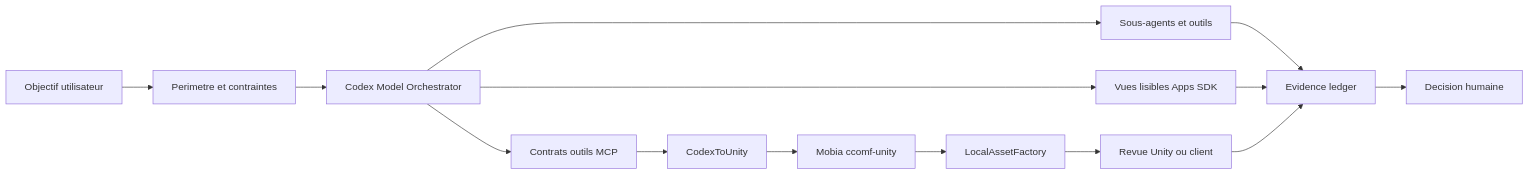
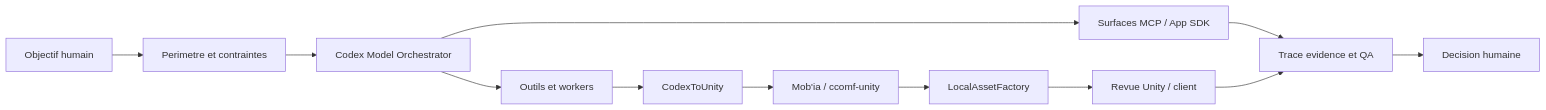
Before and after one commit to charli-dev420/presentation-projet-agentic: the second of 2 diagrams in docs/ecosystem-map.md, drawn with Mermaid. The commit also changed other lines of this file and 42 other files, not shown here.

````diff
--- a/docs/ecosystem-map.md
+++ b/docs/ecosystem-map.md
@@ -65,16 +50,14 @@
 ```mermaid
 flowchart LR
-    A[Objectif utilisateur] --> B[Perimetre et contraintes]
-    B --> C[Codex Model Orchestrator]
-    C --> D[Sous-agents et outils]
-    C --> E[Contrats outils MCP]
-    C --> F[Vues lisibles Apps SDK]
-    E --> G[CodexToUnity]
-    G --> H[Mobia ccomf-unity]
-    H --> I[LocalAssetFactory]
-    I --> J[Revue Unity ou client]
-    D --> K[Evidence ledger]
-    F --> K
-    J --> K
-    K --> L[Decision humaine]
+    A["Objectif humain"] --> B["Perimetre et contraintes"]
+    B --> C["Codex Model Orchestrator"]
+    C --> D["Outils et workers"]
+    C --> E["Surfaces MCP / App SDK"]
+    D --> F["CodexToUnity"]
+    F --> G["Mob'ia / ccomf-unity"]
+    G --> H["LocalAssetFactory"]
+    H --> I["Revue Unity / client"]
+    E --> J["Trace evidence et QA"]
+    I --> J
+    J --> K["Decision humaine"]
 ```
````
